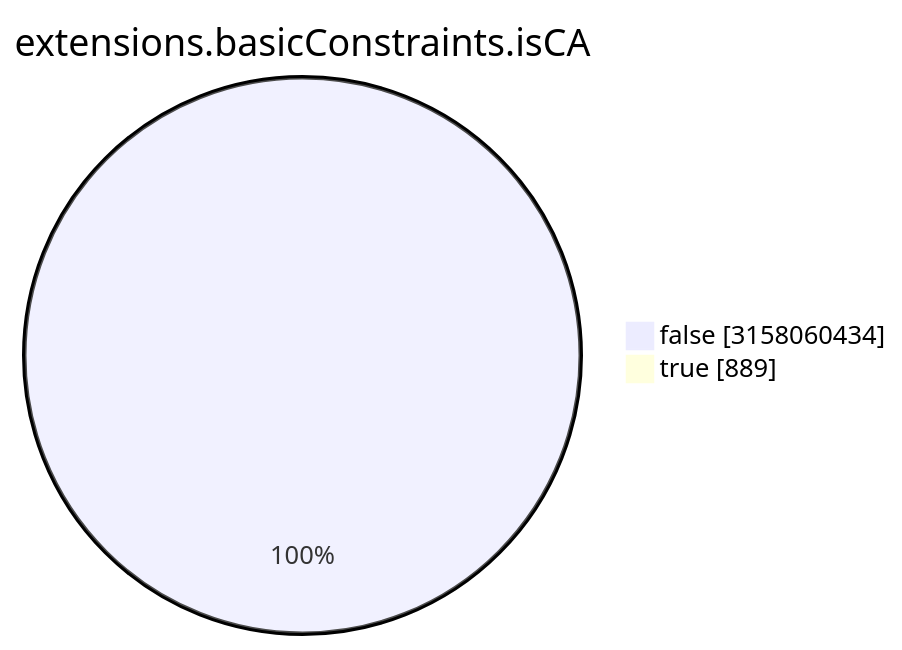
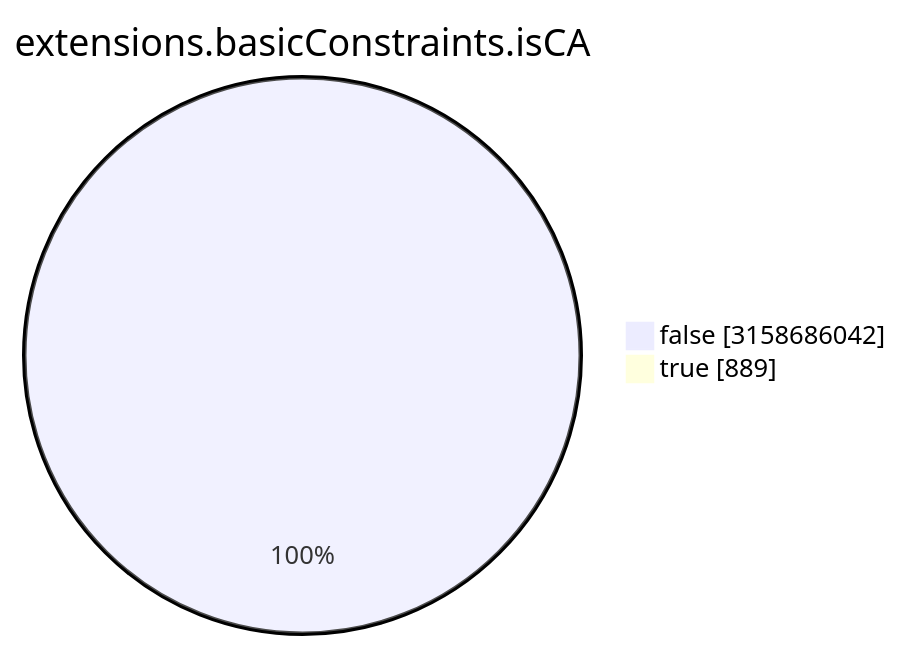
One commit to christiankrug/ctmonitor_visualization changed the seventh of 15 diagrams in TOTAL/README.md. Above: the diagram before and after it, drawn with Mermaid. The commit also changed other lines of this file, not shown here.

````diff
--- a/TOTAL/README.md
+++ b/TOTAL/README.md
@@ -3088,6 +3088,6 @@
 ```mermaid
 pie showData
 title extensions.basicConstraints.isCA
-"false" :3158060434
+"false" :3158686042
 "true" :889
 ```
````
